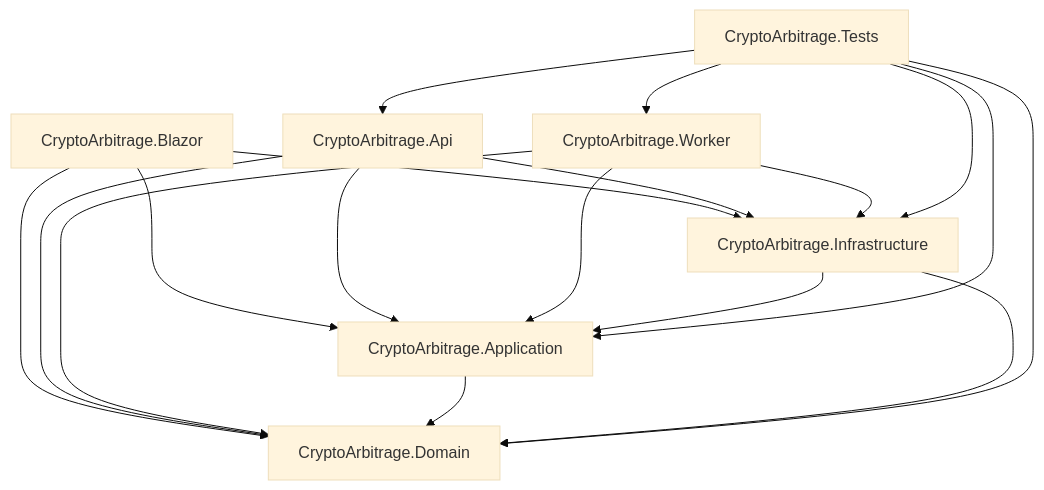
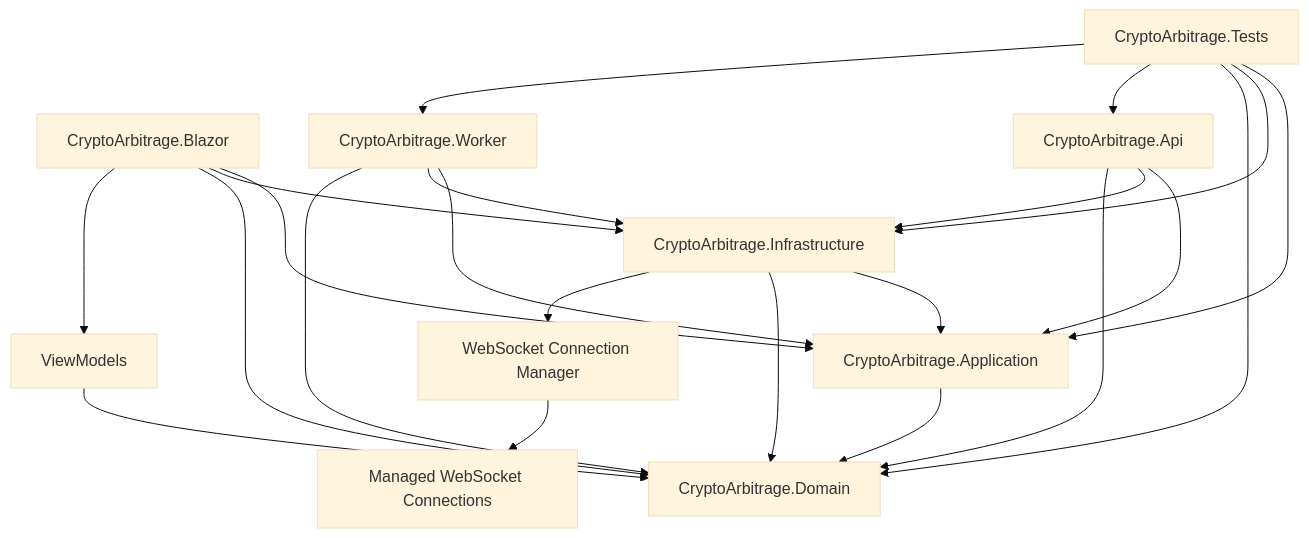
One commit to ygor/crypto-arbitrage changed the third of 3 diagrams in CRYPTO_ARBITRAGE_DESIGN_DOCUMENT.md. Above: the diagram before and after it, drawn with Mermaid (base theme). The commit also changed other lines of this file and 27 other files, not shown here.

````diff
--- a/CRYPTO_ARBITRAGE_DESIGN_DOCUMENT.md
+++ b/CRYPTO_ARBITRAGE_DESIGN_DOCUMENT.md
@@ -141,24 +206,29 @@
 ```mermaid
 graph TD
     A[CryptoArbitrage.Blazor] --> B[CryptoArbitrage.Application]
     A --> C[CryptoArbitrage.Infrastructure]
     A --> D[CryptoArbitrage.Domain]
+    A --> VM[ViewModels]
     
     E[CryptoArbitrage.Api] --> B
     E --> C
     E --> D
     
     F[CryptoArbitrage.Worker] --> B
     F --> C
     F --> D
     
     B --> D
     C --> B
     C --> D
+    C --> WSCM[WebSocket Connection Manager]
     
     G[CryptoArbitrage.Tests] --> B
     G --> C
     G --> D
     G --> E
     G --> F
+    
+    VM --> D
+    WSCM --> MWC[Managed WebSocket Connections]
 ```
````
